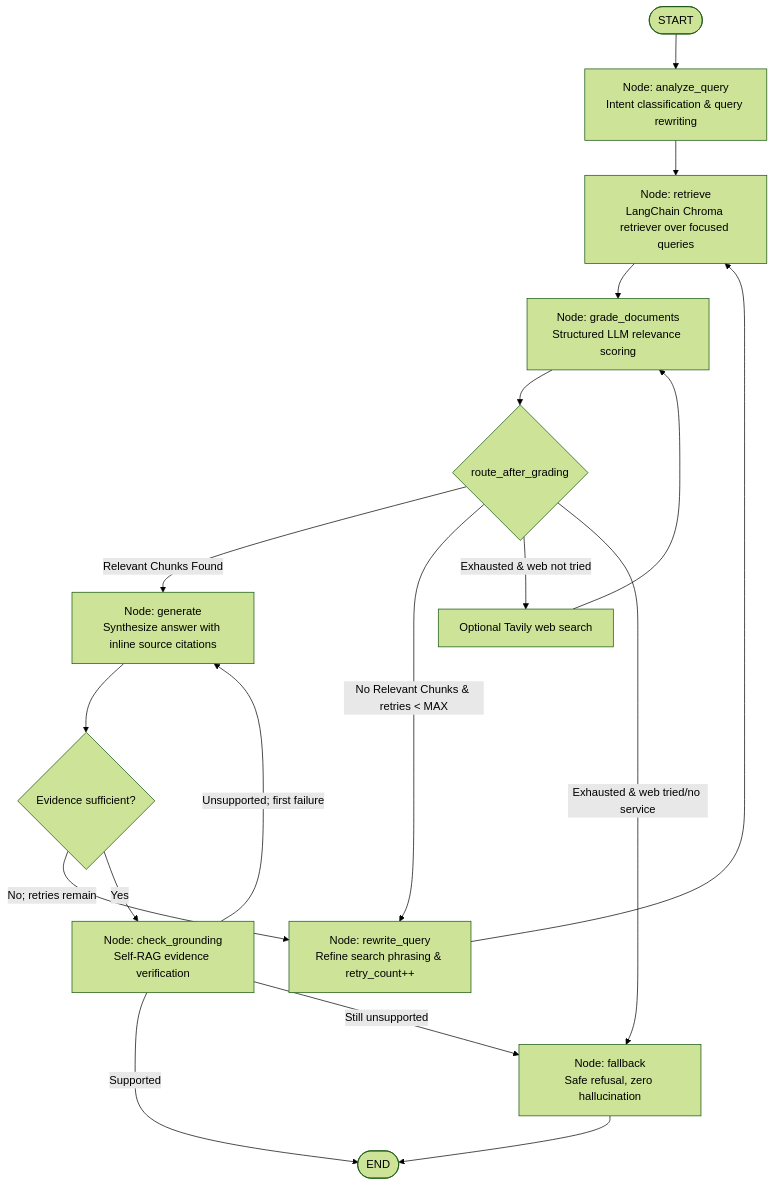
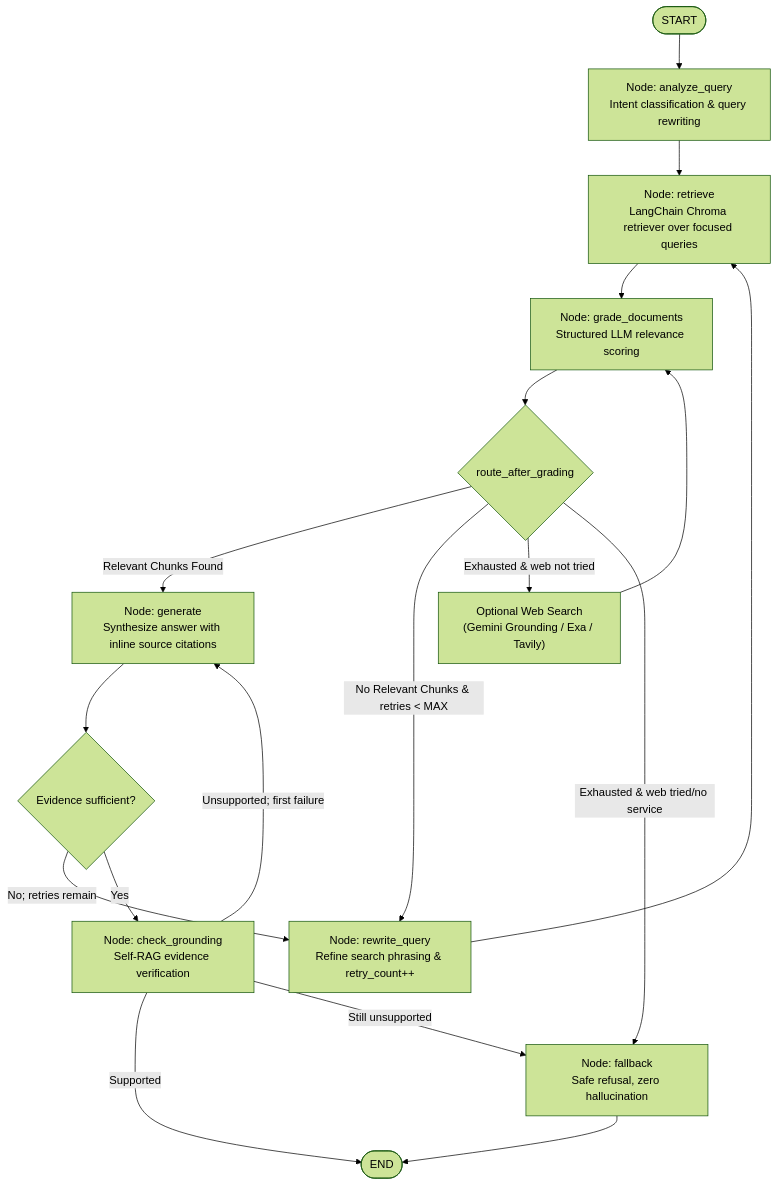
Before and after one commit to GreenHacker420/expreess-assignment: the first of 2 diagrams in README.md, drawn with Mermaid (forest theme). The commit also changed other lines of this file and 11 other files, not shown here.

Commit message:
feat: add pluggable web search with Gemini native search grounding and Exa

````diff
--- a/README.md
+++ b/README.md
@@ -46,23 +46,23 @@
 ```mermaid
 flowchart TD
     START([START]) --> analyze_query["Node: analyze_query<br/>Intent classification & query rewriting"]
     analyze_query --> retrieve["Node: retrieve<br/>LangChain Chroma retriever over focused queries"]
     retrieve --> grade_documents["Node: grade_documents<br/>Structured LLM relevance scoring"]
     
     grade_documents --> route_decision{route_after_grading}
     
     route_decision -- "Relevant Chunks Found" --> generate["Node: generate<br/>Synthesize answer with inline source citations"]
     route_decision -- "No Relevant Chunks & retries < MAX" --> rewrite_query["Node: rewrite_query<br/>Refine search phrasing & retry_count++"]
-    route_decision -- "Exhausted & web not tried" --> web_search["Optional Tavily web search"]
+    route_decision -- "Exhausted & web not tried" --> web_search["Optional Web Search<br/>(Gemini Grounding / Exa / Tavily)"]
     web_search --> grade_documents
     route_decision -- "Exhausted & web tried/no service" --> fallback["Node: fallback<br/>Safe refusal, zero hallucination"]
     
     rewrite_query --> retrieve
     generate --> generation_route{Evidence sufficient?}
     generation_route -- "No; retries remain" --> rewrite_query
     generation_route -- "Yes" --> grounding["Node: check_grounding<br/>Self-RAG evidence verification"]
     grounding -- "Unsupported; first failure" --> generate
     grounding -- "Supported" --> END([END])
     grounding -- "Still unsupported" --> fallback
     fallback --> END([END])
 ```
````
